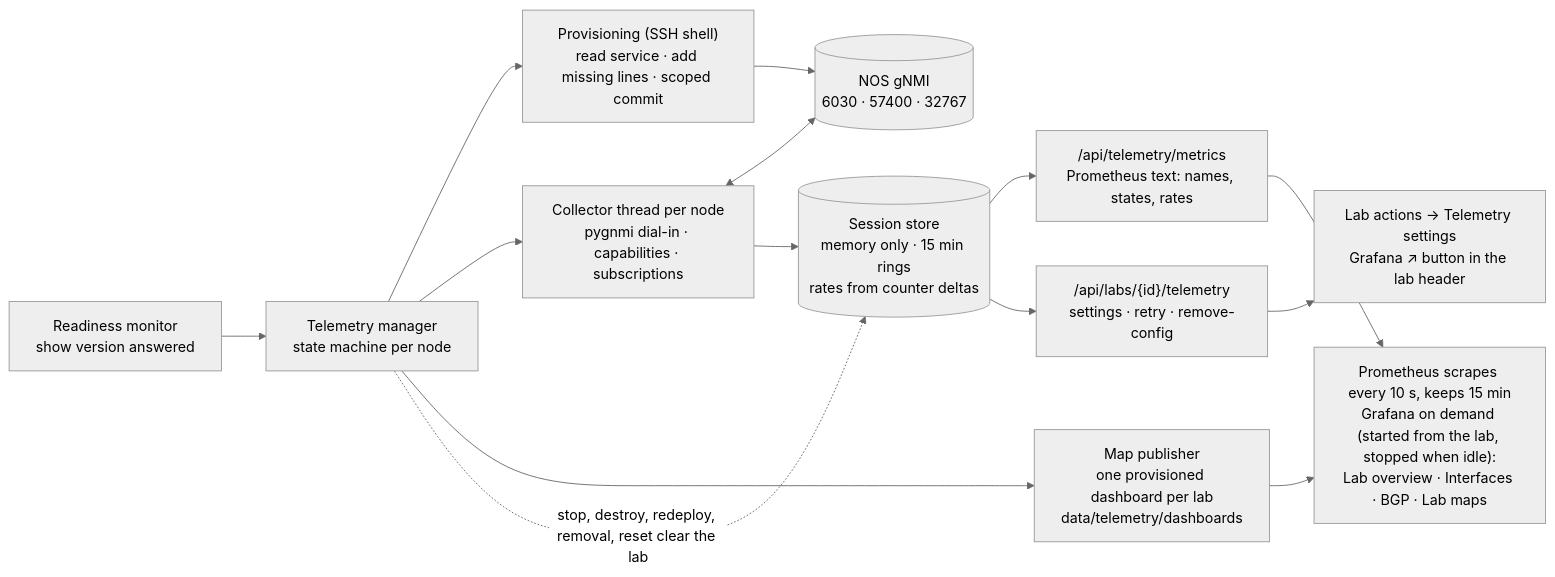
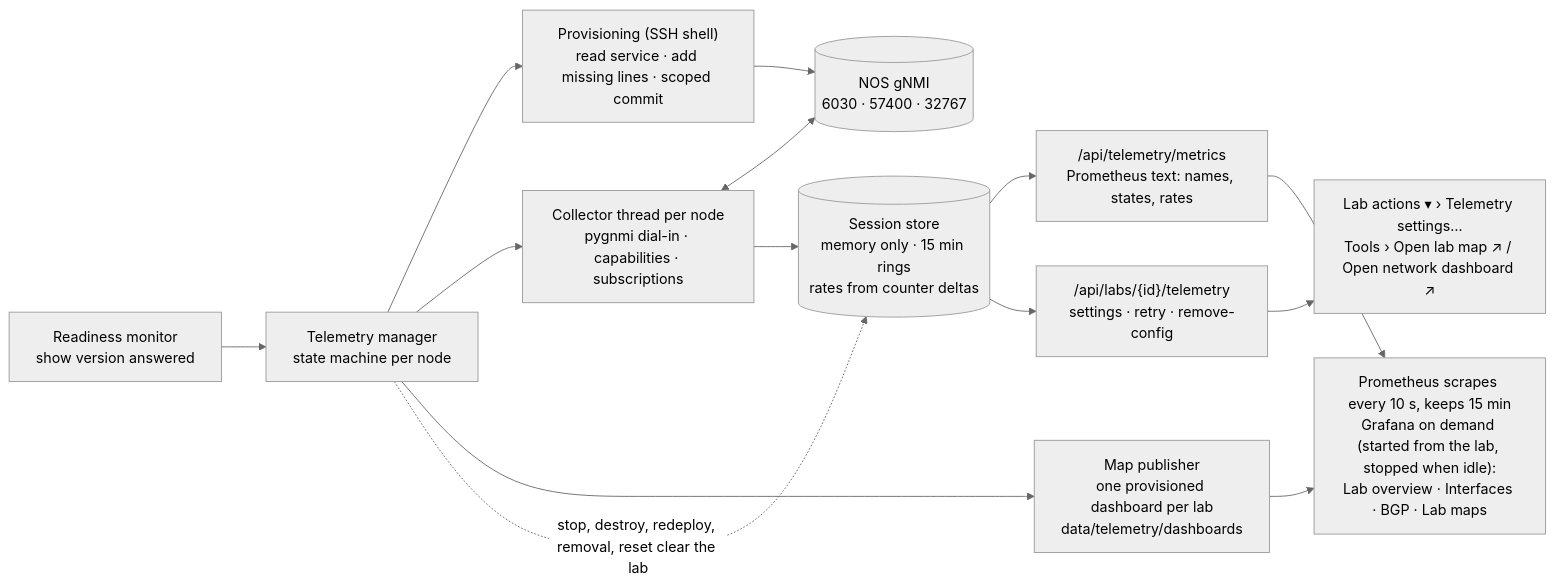
Before and after one commit to ArchRuger/CLAB-BACKUP-WORKER-v2: the fourth of 5 diagrams in docs/ARCHITECTURE.md, drawn with Mermaid (neutral theme). The commit also changed other lines of this file and 93 other files, not shown here.

````diff
--- a/docs/ARCHITECTURE.md
+++ b/docs/ARCHITECTURE.md
@@ -106,20 +106,20 @@
 ```mermaid
 flowchart LR
     R["Readiness monitor<br/>show version answered"]
     T["Telemetry manager<br/>state machine per node"]
     P["Provisioning (SSH shell)<br/>read service · add missing lines · scoped commit"]
     C["Collector thread per node<br/>pygnmi dial-in · capabilities · subscriptions"]
     S[("Session store<br/>memory only · 15 min rings<br/>rates from counter deltas")]
     X["/api/telemetry/metrics<br/>Prometheus text: names, states, rates"]
     A["/api/labs/{id}/telemetry<br/>settings · retry · remove-config"]
-    U["Lab actions → Telemetry settings<br/>Grafana ↗ button in the lab header"]
+    U["Lab actions ▾ › Telemetry settings…<br/>Tools › Open lab map ↗ / Open network dashboard ↗"]
     MP["Map publisher<br/>one provisioned dashboard per lab<br/>data/telemetry/dashboards"]
     G["Prometheus scrapes every 10 s, keeps 15 min<br/>Grafana on demand (started from the lab, stopped when idle):<br/>Lab overview · Interfaces · BGP · Lab maps"]
     N[("NOS gNMI<br/>6030 · 57400 · 32767")]
     R --> T --> P --> N
     T --> C <--> N
     C --> S --> X --> G
     S --> A --> U
     T --> MP --> G
     T -. "stop, destroy, redeploy, removal, reset clear the lab" .-> S
 ```
````
